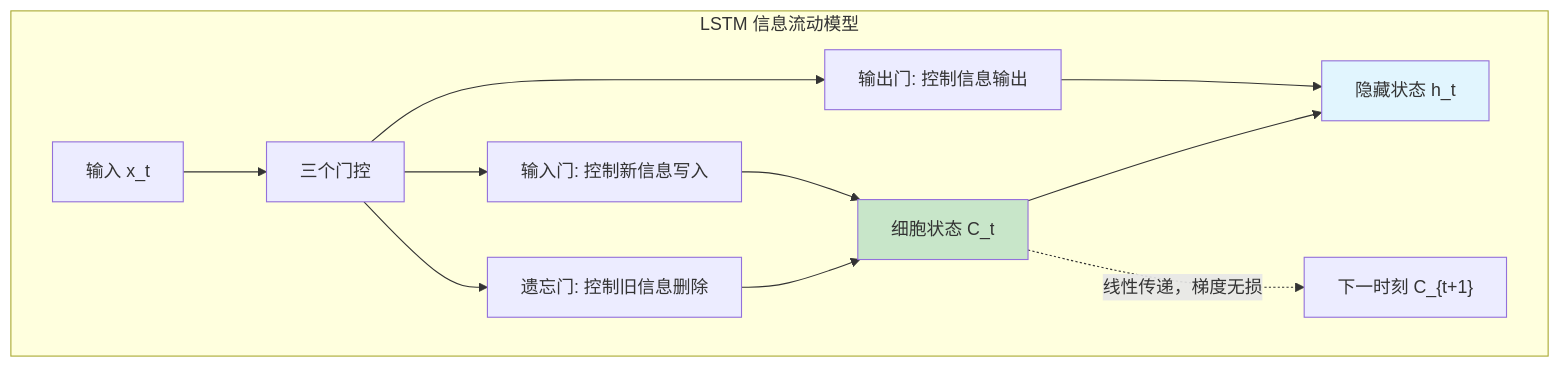
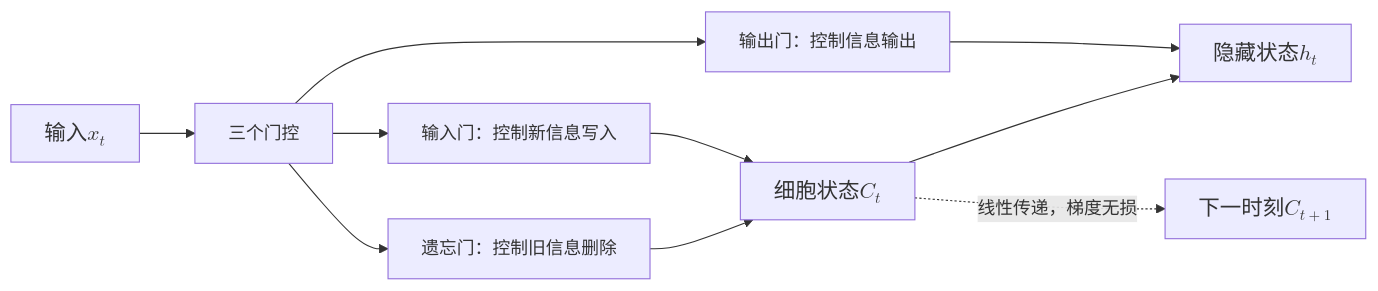
One commit to fenixsoft/dmla changed the first of 3 diagrams in docs/deep-learning/sequence-models/lstm-gru.md. Above: the diagram before and after it, drawn with Mermaid. The commit also changed other lines of this file and 42 other files, not shown here.

````diff
--- a/docs/deep-learning/sequence-models/lstm-gru.md
+++ b/docs/deep-learning/sequence-models/lstm-gru.md
@@ -37,19 +21,14 @@
-```mermaid
-graph TB
-    subgraph "LSTM 信息流动模型"
-        A["输入 x_t"] --> B["三个门控"]
-        B --> C["遗忘门: 控制旧信息删除"]
-        B --> D["输入门: 控制新信息写入"]
-        B --> E["输出门: 控制信息输出"]
-        
-        C --> F["细胞状态 C_t"]
-        D --> F
-        F --> G["隐藏状态 h_t"]
-        E --> G
-        
-        F -.->|"线性传递，梯度无损"| H["下一时刻 C_{t+1}"]
-    end
+```mermaid compact
+graph LR
+    A["$$输入 x_t$$"] --> B["三个门控"]
+    B --> C["遗忘门：控制旧信息删除"]
+    B --> D["输入门：控制新信息写入"]
+    B --> E["输出门：控制信息输出"]
     
-    style F fill:#c8e6c9
-    style G fill:#e1f5fe
+    C --> F["$$细胞状态 C_t$$"]
+    D --> F
+    F --> G["$$隐藏状态 h_t$$"]
+    E --> G
+    
+    F -.->|"线性传递，梯度无损"| H["$$下一时刻 C_{t+1}$$"]
 ```
````
